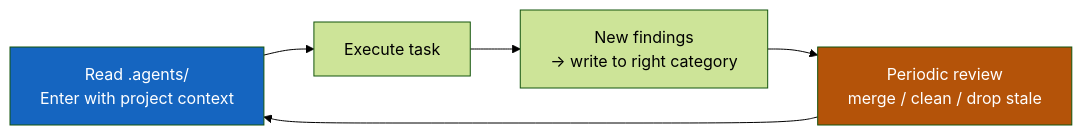
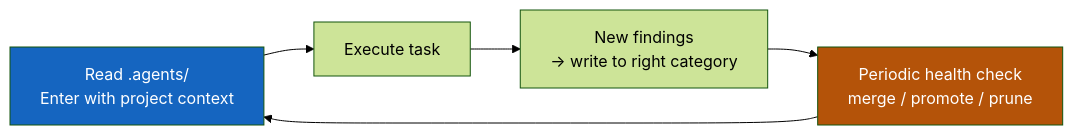
One commit to yeasy/AgentGo changed the second of 2 diagrams in README.md. Above: the diagram before and after it, drawn with Mermaid (forest theme). The commit also changed other lines of this file and 3 other files, not shown here.

````diff
--- a/README.md
+++ b/README.md
@@ -125,10 +125,10 @@
 ```mermaid
 flowchart LR
     A["Read .agents/\nEnter with project context"] --> B["Execute task"]
     B --> C["New findings\n→ write to right category"]
-    C --> D["Periodic review\nmerge / clean / drop stale"]
+    C --> D["Periodic health check\nmerge / promote / prune"]
     D --> A
 
     style A fill:#1565C0,color:#fff
     style D fill:#B45309,color:#fff
 ```
````
